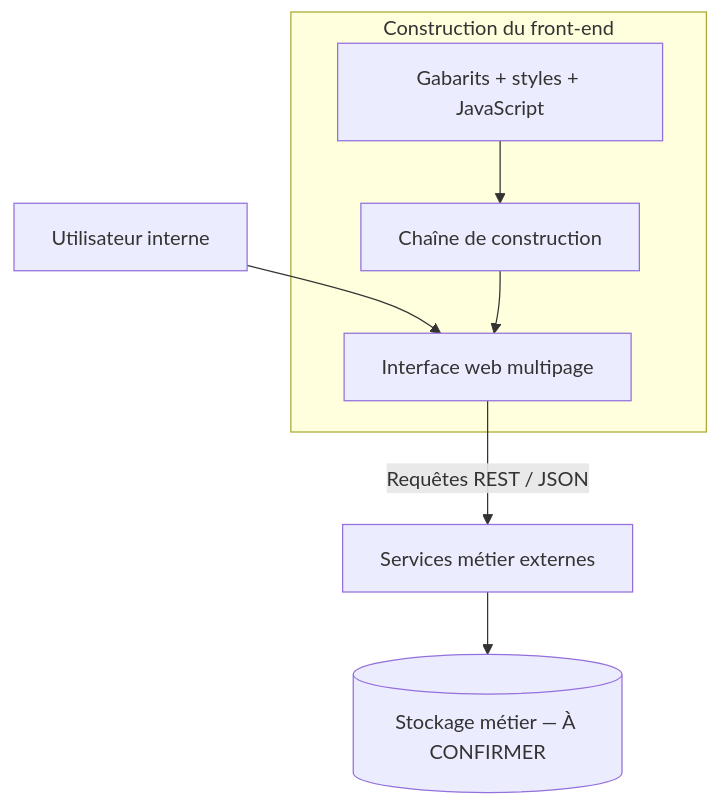
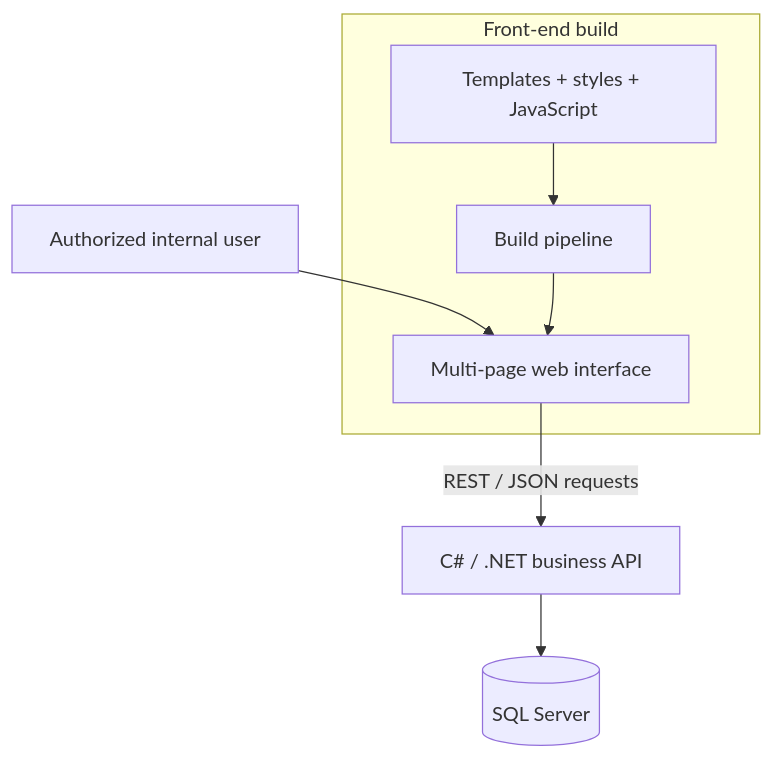
The second of 2 diagrams in README.md (KhaledZouari/pfe-clinisys-devis-cures), drawn with Mermaid before and after one commit. The commit also changed other lines of this file and 6 other files, not shown here.

````diff
--- a/README.md
+++ b/README.md
@@ -68,11 +73,11 @@
 ```mermaid
 flowchart TB
-    U[Utilisateur interne] --> UI[Interface web multipage]
-    UI -->|Requêtes REST / JSON| API[Services métier externes]
-    API --> DB[(Stockage métier — À CONFIRMER)]
+    U[Authorized internal user] --> UI[Multi-page web interface]
+    UI -->|REST / JSON requests| API[C# / .NET business API]
+    API --> DB[(SQL Server)]
 
-    subgraph Construction du front-end
-        SRC[Gabarits + styles + JavaScript] --> BUILD[Chaîne de construction]
+    subgraph Front-end build
+        SRC[Templates + styles + JavaScript] --> BUILD[Build pipeline]
         BUILD --> UI
     end
 ```
````
